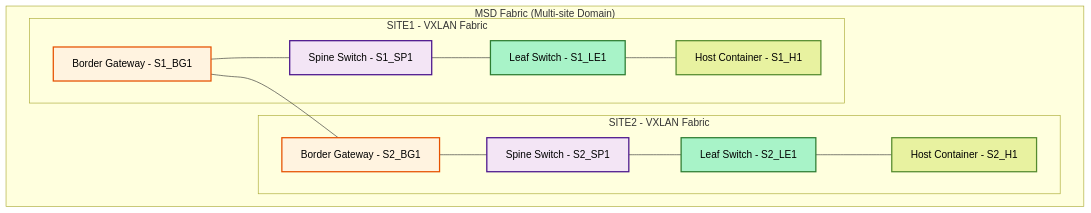
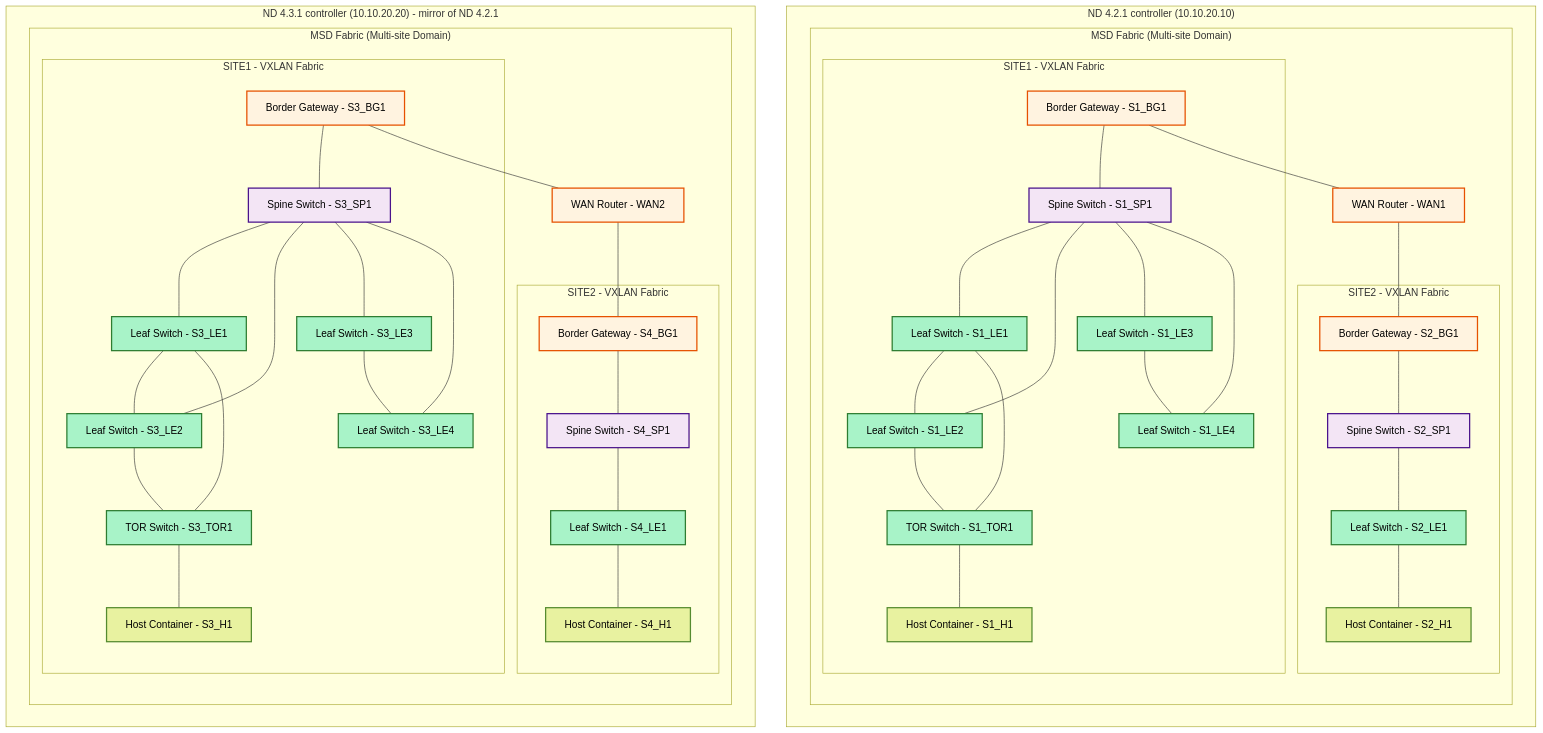
Before and after one commit to allenrobel/n9kv-kvm: the diagram in README.md, drawn with Mermaid. The commit also changed other lines of this file and 7 other files, not shown here.

````diff
--- a/README.md
+++ b/README.md
@@ -233,32 +236,93 @@
 ```mermaid
 graph TD
-    subgraph MSD["MSD Fabric (Multi-site Domain)"]
-        subgraph SITE2["SITE2 - VXLAN Fabric"]
-            S2_BG1[Border Gateway - S2_BG1]
-            S2_SP1[Spine Switch - S2_SP1]
-            S2_LE1[Leaf Switch - S2_LE1]
-            S2_H1[Host Container - S2_H1]
-            
-            %% SITE2 fabric connections (top-down)
-            S2_BG1 --- S2_SP1
-            S2_SP1 --- S2_LE1
-            S2_LE1 --- S2_H1
+    subgraph ND421["ND 4.2.1 controller (10.10.20.10)"]
+        subgraph MSD1["MSD Fabric (Multi-site Domain)"]
+            subgraph SITE1a["SITE1 - VXLAN Fabric"]
+                S1_BG1[Border Gateway - S1_BG1]
+                S1_SP1[Spine Switch - S1_SP1]
+                S1_LE1[Leaf Switch - S1_LE1]
+                S1_LE2[Leaf Switch - S1_LE2]
+                S1_LE3[Leaf Switch - S1_LE3]
+                S1_LE4[Leaf Switch - S1_LE4]
+                S1_TOR1[TOR Switch - S1_TOR1]
+                S1_H1[Host Container - S1_H1]
+
+                %% SITE1 fabric connections
+                S1_BG1 --- S1_SP1
+                S1_SP1 --- S1_LE1
+                S1_SP1 --- S1_LE2
+                S1_SP1 --- S1_LE3
+                S1_SP1 --- S1_LE4
+                S1_LE1 --- S1_LE2
+                S1_LE1 --- S1_TOR1
+                S1_LE2 --- S1_TOR1
+                S1_LE3 --- S1_LE4
+                S1_TOR1 --- S1_H1
+            end
+
+            subgraph SITE2a["SITE2 - VXLAN Fabric"]
+                S2_BG1[Border Gateway - S2_BG1]
+                S2_SP1[Spine Switch - S2_SP1]
+                S2_LE1[Leaf Switch - S2_LE1]
+                S2_H1[Host Container - S2_H1]
+
+                %% SITE2 fabric connections
+                S2_BG1 --- S2_SP1
+                S2_SP1 --- S2_LE1
+                S2_LE1 --- S2_H1
+            end
+
+            WAN1[WAN Router - WAN1]
+
+            %% ISN: BG -- WAN -- BG
+            S1_BG1 --- WAN1
+            WAN1 --- S2_BG1
         end
+    end
 
-        subgraph SITE1["SITE1 - VXLAN Fabric"]
-            S1_BG1[Border Gateway - S1_BG1]
-            S1_SP1[Spine Switch - S1_SP1]
-            S1_LE1[Leaf Switch - S1_LE1]
-            S1_H1[Host Container - S1_H1]
-            
-            %% SITE1 fabric connections (top-down)
-            S1_BG1 --- S1_SP1
-            S1_SP1 --- S1_LE1
-            S1_LE1 --- S1_H1
+    subgraph ND431["ND 4.3.1 controller (10.10.20.20) - mirror of ND 4.2.1"]
+        subgraph MSD2["MSD Fabric (Multi-site Domain)"]
+            subgraph SITE1b["SITE1 - VXLAN Fabric"]
+                S3_BG1[Border Gateway - S3_BG1]
+                S3_SP1[Spine Switch - S3_SP1]
+                S3_LE1[Leaf Switch - S3_LE1]
+                S3_LE2[Leaf Switch - S3_LE2]
+                S3_LE3[Leaf Switch - S3_LE3]
+                S3_LE4[Leaf Switch - S3_LE4]
+                S3_TOR1[TOR Switch - S3_TOR1]
+                S3_H1[Host Container - S3_H1]
+
+                %% SITE1 fabric connections
+                S3_BG1 --- S3_SP1
+                S3_SP1 --- S3_LE1
+                S3_SP1 --- S3_LE2
+                S3_SP1 --- S3_LE3
+                S3_SP1 --- S3_LE4
+                S3_LE1 --- S3_LE2
+                S3_LE1 --- S3_TOR1
+                S3_LE2 --- S3_TOR1
+                S3_LE3 --- S3_LE4
+                S3_TOR1 --- S3_H1
+            end
+
+            subgraph SITE2b["SITE2 - VXLAN Fabric"]
+                S4_BG1[Border Gateway - S4_BG1]
+                S4_SP1[Spine Switch - S4_SP1]
+                S4_LE1[Leaf Switch - S4_LE1]
+                S4_H1[Host Container - S4_H1]
+
+                %% SITE2 fabric connections
+                S4_BG1 --- S4_SP1
+                S4_SP1 --- S4_LE1
+                S4_LE1 --- S4_H1
+            end
+
+            WAN2[WAN Router - WAN2]
+
+            %% ISN: BG -- WAN -- BG
+            S3_BG1 --- WAN2
+            WAN2 --- S4_BG1
         end
-
-        %% Inter-fabric connection (MSD backbone)
-        S1_BG1 --- S2_BG1
     end
 
     %% Styling
@@ -269,8 +333,8 @@
     classDef leaf fill:#a8f3c8,stroke:#2e7d32,stroke-width:2px,color:#000000
     classDef host fill:#e8f2a0,stroke:#558b2f,stroke-width:2px,color:#000000
 
-    class S1_BG1,S2_BG1 borderGateway
-    class S1_SP1,S2_SP1 spine
-    class S1_LE1,S2_LE1 leaf
-    class S1_H1,S2_H1 host
+    class S1_BG1,S2_BG1,S3_BG1,S4_BG1,WAN1,WAN2 borderGateway
+    class S1_SP1,S2_SP1,S3_SP1,S4_SP1 spine
+    class S1_LE1,S1_LE2,S1_LE3,S1_LE4,S1_TOR1,S2_LE1,S3_LE1,S3_LE2,S3_LE3,S3_LE4,S3_TOR1,S4_LE1 leaf
+    class S1_H1,S2_H1,S3_H1,S4_H1 host
 ```
````
